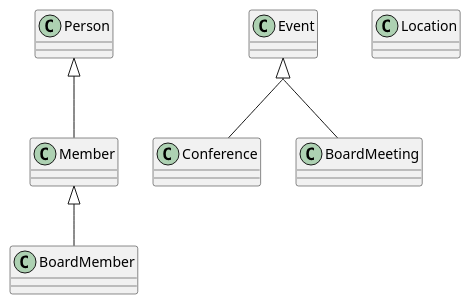
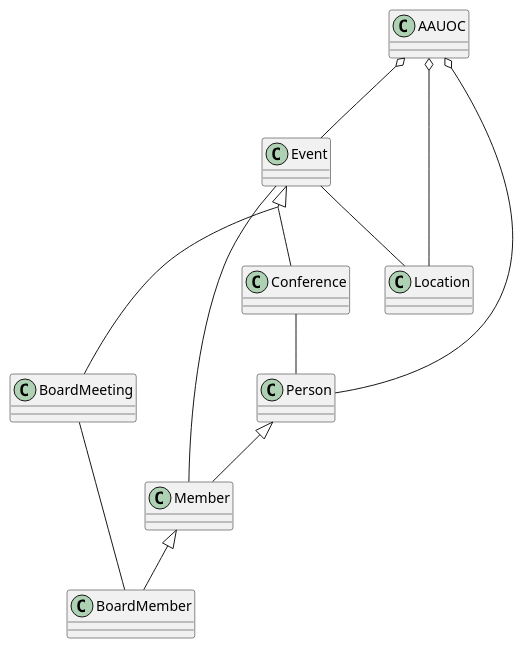
One commit to valencodes/UMLClases_Daniela_Valentina_Galeote_Calderon changed the diagram in PlantUML_UD11_DVGC/src/UML_UD11_DVGC.puml. Above: the diagram before and after it, drawn with PlantUML. The commit also changed 1 other file, not shown here.

Commit message:
2) Clases Localizacion y AAUOC + Relaciones

```diff
--- a/PlantUML_UD11_DVGC/src/UML_UD11_DVGC.puml
+++ b/PlantUML_UD11_DVGC/src/UML_UD11_DVGC.puml
@@ -1,17 +1,26 @@
 @startuml
 class Member
 class BoardMember
 class Event
 class Conference
 class BoardMeeting
 class Location
 class Person
+class AAUOC
 
 skinparam groupInheritance 2
 Event <|-- Conference
 Event <|-- BoardMeeting
 
 Person <|-- Member
 Member <|-- BoardMember
+AAUOC o-- Location
+AAUOC o-- Person
+AAUOC o-- Event
+Event -- Location
+BoardMeeting -- BoardMember
+Conference -- Person
+Event -- Member
+
 
 @enduml
```
